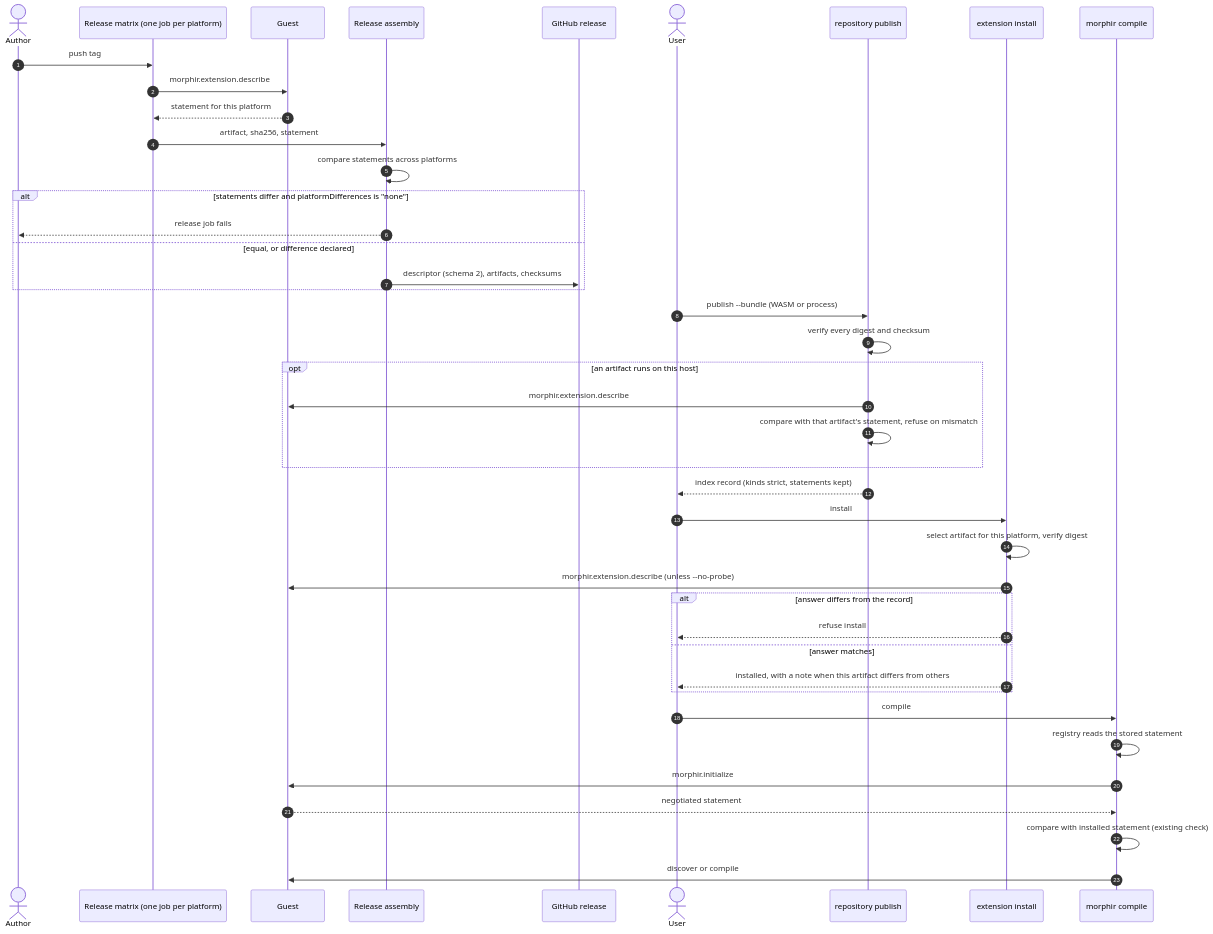
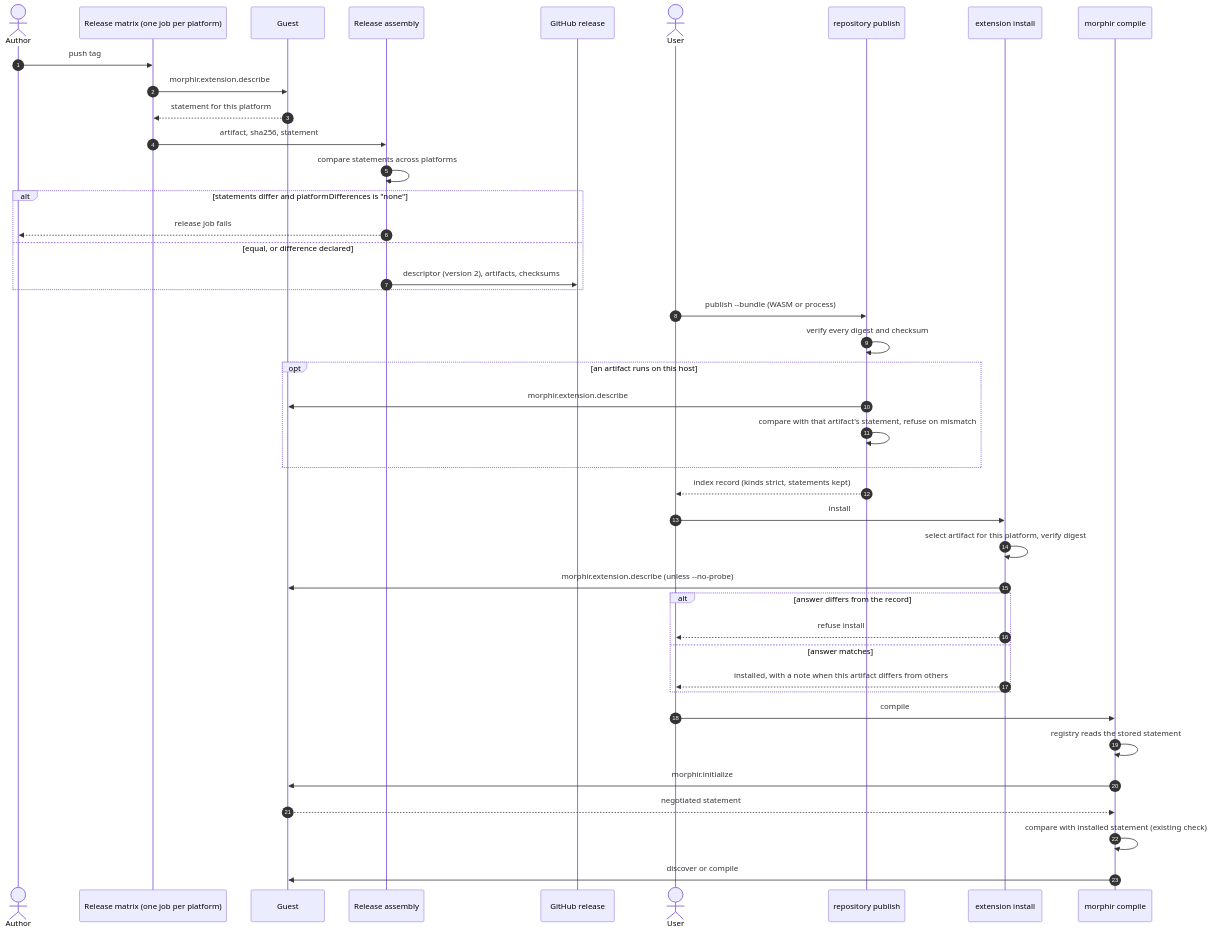
Before and after one commit to finos/morphir: the diagram in kb/bundles/morphir/morphir-extensions/design/capability-statements.md, drawn with Mermaid. The commit also changed other lines of this file and 10 other files, not shown here.

````diff
--- a/kb/bundles/morphir/morphir-extensions/design/capability-statements.md
+++ b/kb/bundles/morphir/morphir-extensions/design/capability-statements.md
@@ -239,45 +239,45 @@
 ```mermaid
 sequenceDiagram
     autonumber
     actor Author
     participant CI as Release matrix (one job per platform)
     participant Guest
     participant Asm as Release assembly
     participant GH as GitHub release
     actor User
     participant Repo as repository publish
     participant Inst as extension install
     participant Host as morphir compile
 
     Author->>CI: push tag
     CI->>Guest: morphir.extension.describe
     Guest-->>CI: statement for this platform
     CI->>Asm: artifact, sha256, statement
     Asm->>Asm: compare statements across platforms
     alt statements differ and platformDifferences is "none"
         Asm-->>Author: release job fails
     else equal, or difference declared
-        Asm->>GH: descriptor (schema 2), artifacts, checksums
+        Asm->>GH: descriptor (version 2), artifacts, checksums
     end
     User->>Repo: publish --bundle (WASM or process)
     Repo->>Repo: verify every digest and checksum
     opt an artifact runs on this host
         Repo->>Guest: morphir.extension.describe
         Repo->>Repo: compare with that artifact's statement, refuse on mismatch
     end
     Repo-->>User: index record (kinds strict, statements kept)
     User->>Inst: install
     Inst->>Inst: select artifact for this platform, verify digest
     Inst->>Guest: morphir.extension.describe (unless --no-probe)
     alt answer differs from the record
         Inst-->>User: refuse install
     else answer matches
         Inst-->>User: installed, with a note when this artifact differs from others
     end
     User->>Host: compile
     Host->>Host: registry reads the stored statement
     Host->>Guest: morphir.initialize
     Guest-->>Host: negotiated statement
     Host->>Host: compare with installed statement (existing check)
     Host->>Guest: discover or compile
 ```
````
